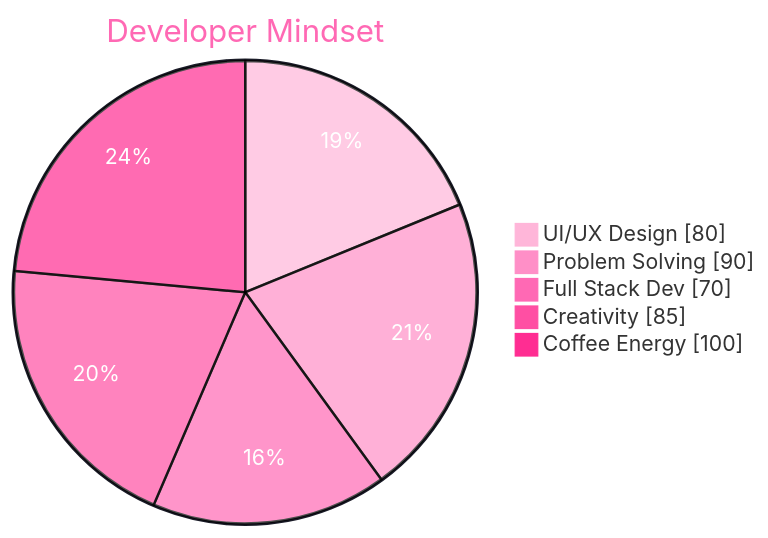
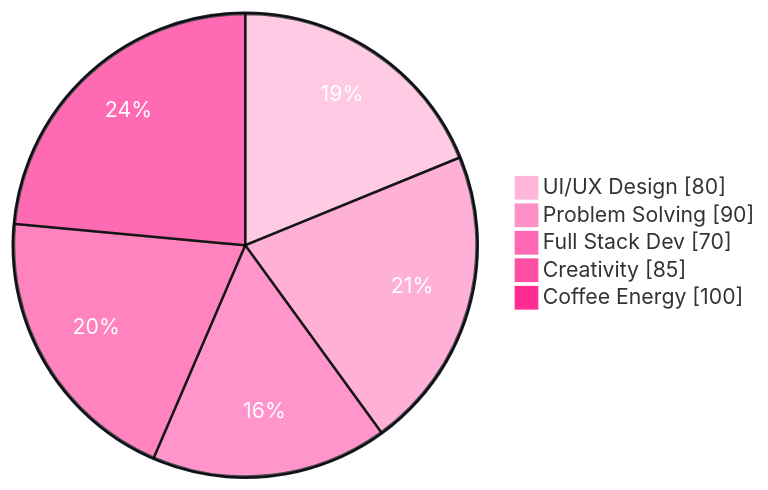
Before and after one commit to tejashrree/tejashrree: the diagram in README.md, drawn with Mermaid.

````diff
--- a/README.md
+++ b/README.md
@@ -207,21 +207,21 @@
 ```mermaid
 %%{init: {'theme':'base','themeVariables':{
 'pie1':'#ffb6d9',
 'pie2':'#ff8fc7',
 'pie3':'#ff69b4',
 'pie4':'#ff4fa3',
 'pie5':'#ff2d92',
 'pieTitleTextColor':'#ff69b4',
 'pieSectionTextColor':'#ffffff',
 'pieSectionBorderColor':'#1a1b27',
 'pieOuterStrokeColor':'#1a1b27',
 'background':'#0d1117'
 }}}%%
 
-pie showData title Developer Mindset
+pie showData title
     "UI/UX Design" : 80
     "Problem Solving" : 90
     "Full Stack Dev" : 70
     "Creativity" : 85
     "Coffee Energy" : 100
 ```
````
